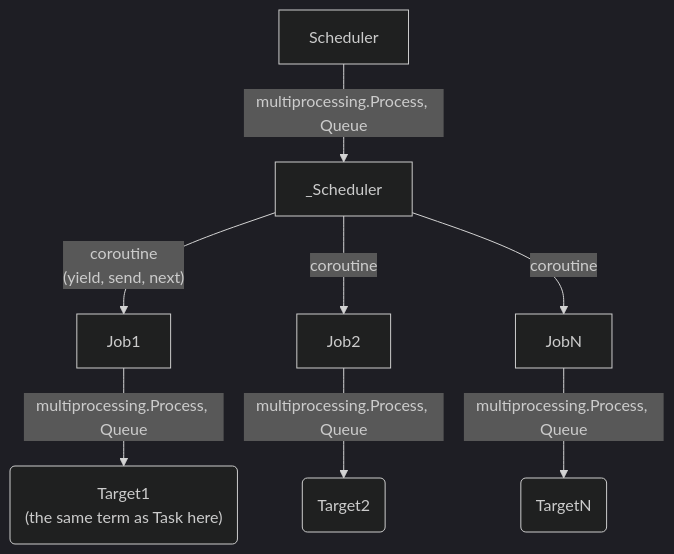
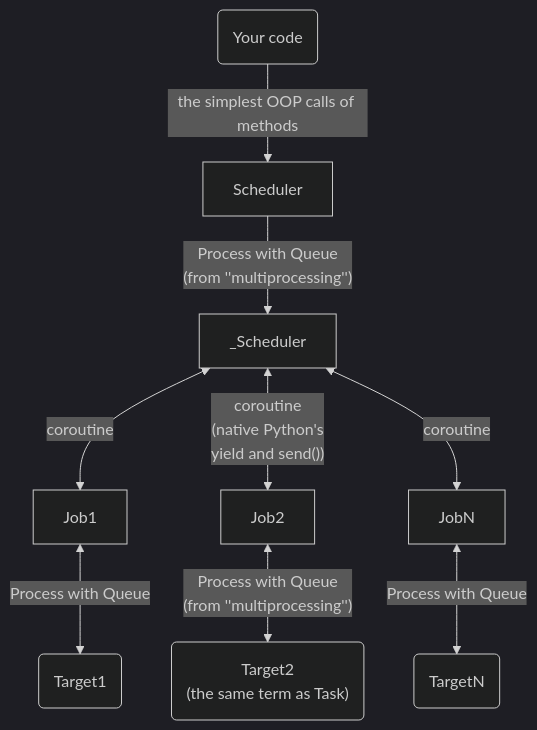
Before and after one commit to e-io/async-python-sprint-2: the diagram in docs/diagram.md, drawn with Mermaid (dark theme).

Commit message:
diagram is reworked (including two-side arrows)

````diff
--- a/docs/diagram.md
+++ b/docs/diagram.md
@@ -3,10 +3,11 @@
 ```mermaid
 graph TD
-    Scheduler --> |multiprocessing.Process, Queue| _Scheduler
-    _Scheduler --> |"coroutine\n(yield, send, next)"| Job1
-    _Scheduler --> |coroutine| Job2
-    _Scheduler --> |coroutine| JobN
-    Job1 --> |multiprocessing.Process, Queue| Target1("Target1 \n(the same term as Task here)")
-    Job2 --> |multiprocessing.Process, Queue| Target2("Target2")
-    JobN --> |multiprocessing.Process, Queue| TargetN("TargetN")
+    your_code("Your code") --> |the simplest OOP calls of methods| Scheduler
+    Scheduler --> |"Process with Queue\n(from ''multiprocessing'')"| _Scheduler
+    _Scheduler <--> |coroutine| Job1
+    _Scheduler <--> |"coroutine\n(native Python's\nyield and send())"| Job2
+    _Scheduler <--> |coroutine| JobN
+    Job1 <--> |"Process with Queue"| Target1("Target1")
+    Job2 <--> |"Process with Queue\n(from ''multiprocessing'')"| Target2("Target2 \n(the same term as Task)")
+    JobN <--> |"Process with Queue"| TargetN("TargetN")
 ```
````
